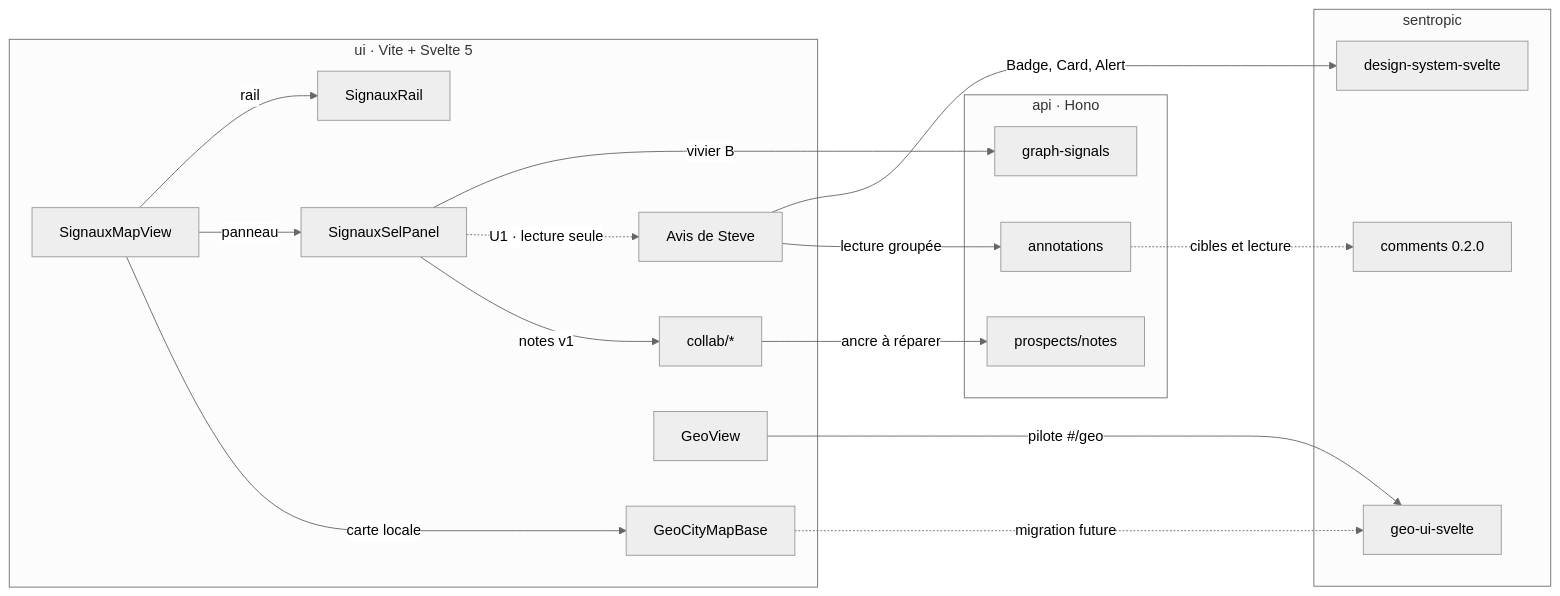
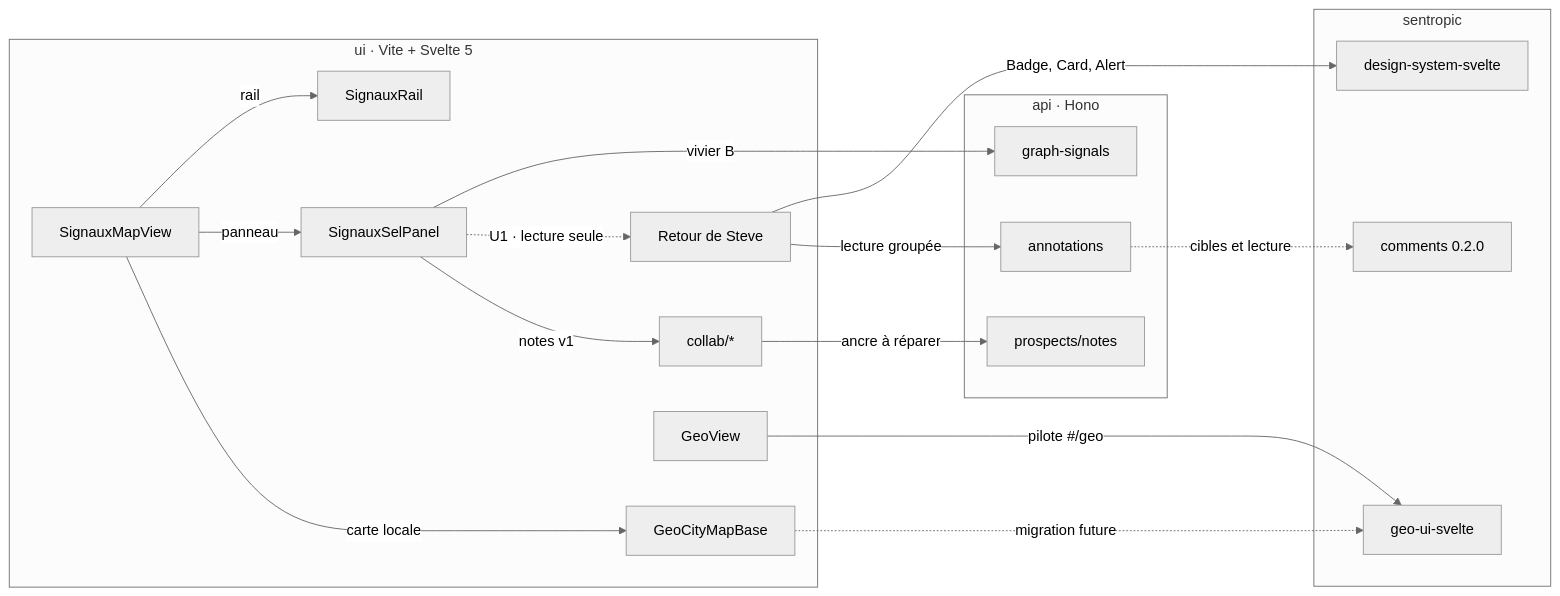
The fourth of 4 diagrams in docs/spec/reports/dossier-retours-steve/SCENES_FOCUS.md (rhanka/radar-immobilier), drawn with Mermaid (neutral theme) before and after one commit. The commit also changed 11 other files, not shown here.

````diff
--- a/docs/spec/reports/dossier-retours-steve/SCENES_FOCUS.md
+++ b/docs/spec/reports/dossier-retours-steve/SCENES_FOCUS.md
@@ -300,34 +300,34 @@
 ```mermaid
 flowchart LR
   subgraph U1["ui · Vite + Svelte 5"]
     SMV["SignauxMapView"]
     GCB["GeoCityMapBase"]
     SSP["SignauxSelPanel"]
     RAIL["SignauxRail"]
     COL["collab/*"]
-    AV["Avis de Steve"]
+    AV["Retour de Steve"]
     GV["GeoView"]
   end
   subgraph U2["api · Hono"]
     GS["graph-signals"]
     PNA["prospects/notes"]
     ANN["annotations"]
   end
   subgraph U3["sentropic"]
     DS["design-system-svelte"]
     GEO["geo-ui-svelte"]
     CMS["comments 0.2.0"]
   end
   SMV -->|"carte locale"| GCB
   SMV -->|"panneau"| SSP
   SMV -->|"rail"| RAIL
   SSP -->|"notes v1"| COL
   SSP -.->|"U1 · lecture seule"| AV
   COL -->|"ancre à réparer"| PNA
   AV -->|"lecture groupée"| ANN
   SSP -->|"vivier B"| GS
   ANN -.->|"cibles et lecture"| CMS
   AV -->|"Badge, Card, Alert"| DS
   GV -->|"pilote #/geo"| GEO
   GCB -.->|"migration future"| GEO
 ```
````
